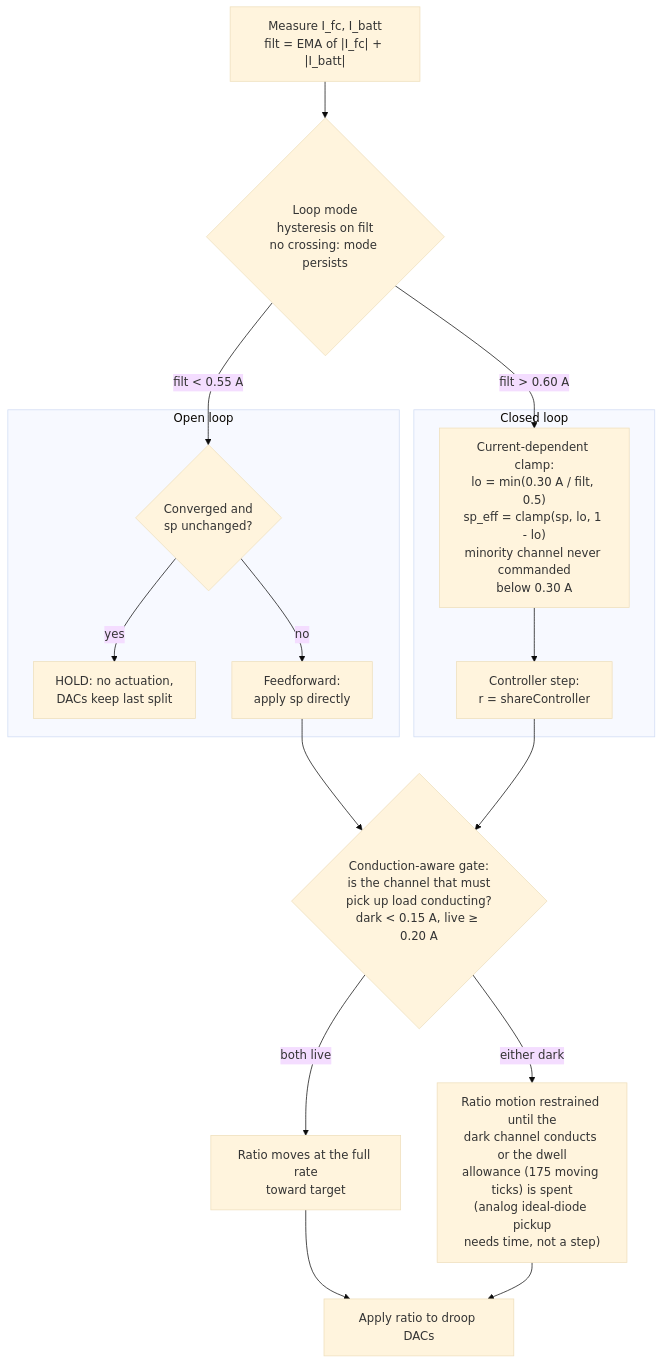
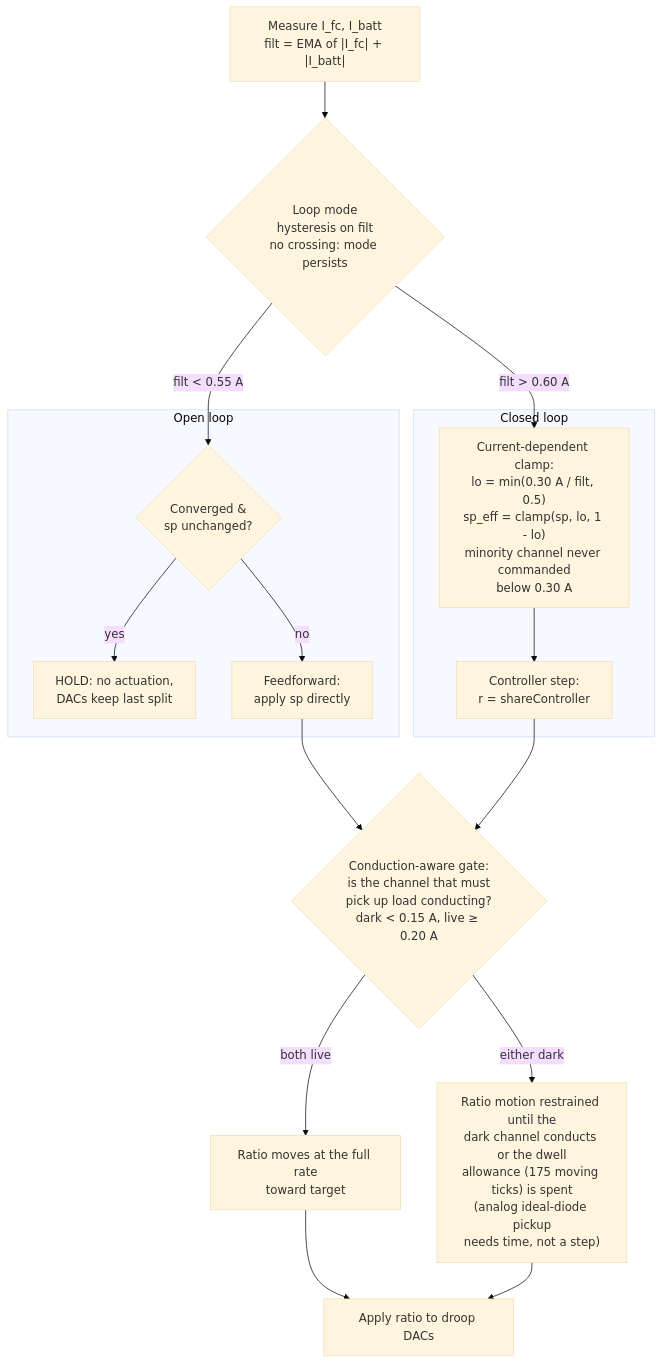
One commit to Tangineering/DC-Balancer-Board-Teensy changed the first of 4 diagrams in docs/governor_whitepaper.md. Above: the diagram before and after it, drawn with Mermaid (base theme). The commit also changed other lines of this file, not shown here.

First line of the commit message:
docs: governor whitepaper — explicit AND/OR convention in diagrams

````diff
--- a/docs/governor_whitepaper.md
+++ b/docs/governor_whitepaper.md
@@ -299,24 +301,24 @@
 ```mermaid
 flowchart TD
     subgraph CL [Closed loop]
         CLAMP["Current-dependent clamp:<br/>lo = min(0.30 A / filt, 0.5)<br/>sp_eff = clamp(sp, lo, 1 - lo)<br/>minority channel never commanded<br/>below 0.30 A"] --> STEP["Controller step:<br/>r = shareController"]
     end
 
     subgraph OL [Open loop]
-        OLQ{Converged and<br/>sp unchanged?} -->|yes| HOLD["HOLD: no actuation,<br/>DACs keep last split"]
+        OLQ{Converged &<br/>sp unchanged?} -->|yes| HOLD["HOLD: no actuation,<br/>DACs keep last split"]
         OLQ -->|no| FF["Feedforward:<br/>apply sp directly"]
     end
 
     IN["Measure I_fc, I_batt<br/>filt = EMA of |I_fc| + |I_batt|"] --> M{Loop mode<br/>hysteresis on filt<br/>no crossing: mode persists}
     M -->|"filt &gt; 0.60 A"| CLAMP
     M -->|"filt &lt; 0.55 A"| OLQ
 
     FF --> COND
     STEP --> COND
 
     COND{Conduction-aware gate:<br/>is the channel that must<br/>pick up load conducting?<br/>dark &lt; 0.15 A, live &ge; 0.20 A} -->|both live| FAST["Ratio moves at the full rate<br/>toward target"]
     COND -->|either dark| SLOW["Ratio motion restrained until the<br/>dark channel conducts or the dwell<br/>allowance (175 moving ticks) is spent<br/>(analog ideal-diode pickup<br/>needs time, not a step)"]
 
     FAST --> ACT["Apply ratio to droop DACs"]
     SLOW --> ACT
 ```
````
